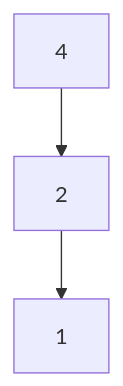
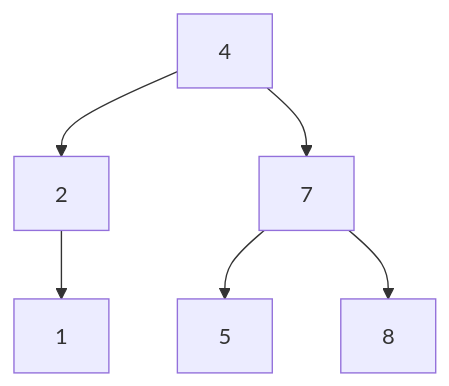
One commit to kn201905/Haskell changed the diagram in ch_05 ２分木探索.md. Above: the diagram before and after it, drawn with Mermaid.

````diff
--- a/ch_05 ２分木探索.md
+++ b/ch_05 ２分木探索.md
@@ -19,4 +19,7 @@
 ```mermaid
 graph TD
     4 --> 2 --> 1;
+    4 --> 7;
+    7 --> 5;
+    7 --> 8;
 ```
````
